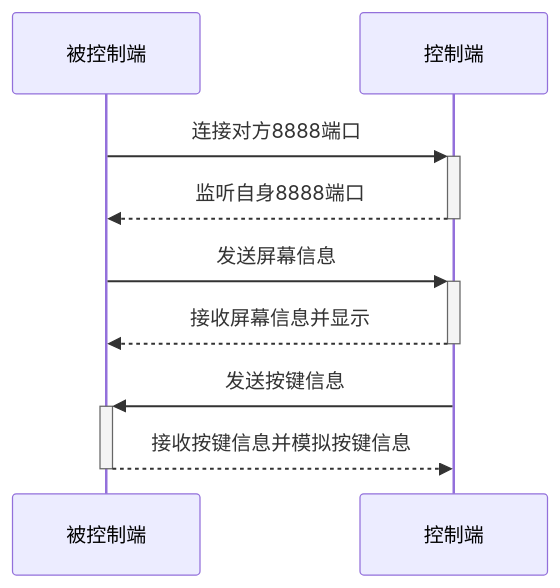
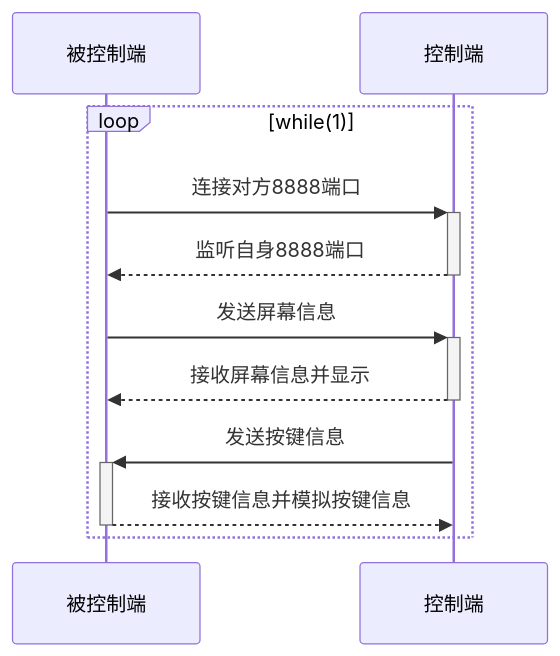
Before and after one commit to Ne-GH/RemoteControl: the diagram in README.md, drawn with Mermaid.

Commit message:
添加时序图

````diff
--- a/README.md
+++ b/README.md
@@ -1,11 +1,13 @@
 ```mermaid
 sequenceDiagram
-    被控制端 ->> + 控制端: 连接对方8888端口
-	控制端 -->> - 被控制端: 监听自身8888端口
+	loop while(1)
+		被控制端 ->> + 控制端: 连接对方8888端口
+		控制端 -->> - 被控制端: 监听自身8888端口
 
-	被控制端 ->> + 控制端: 发送屏幕信息
-	控制端 -->> - 被控制端: 接收屏幕信息并显示
+		被控制端 ->> + 控制端: 发送屏幕信息
+		控制端 -->> - 被控制端: 接收屏幕信息并显示
 
-	控制端 ->> + 被控制端: 发送按键信息
-	被控制端 -->> - 控制端: 接收按键信息并模拟按键信息
+		控制端 ->> + 被控制端: 发送按键信息
+		被控制端 -->> - 控制端: 接收按键信息并模拟按键信息
+	end
 ```
````
